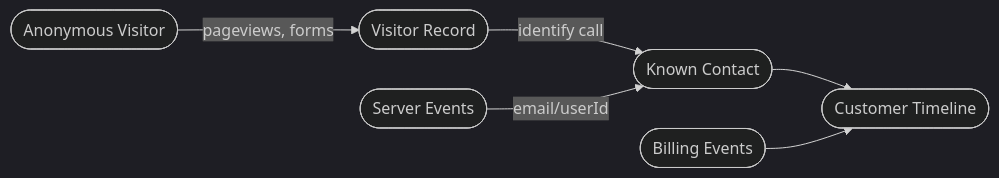
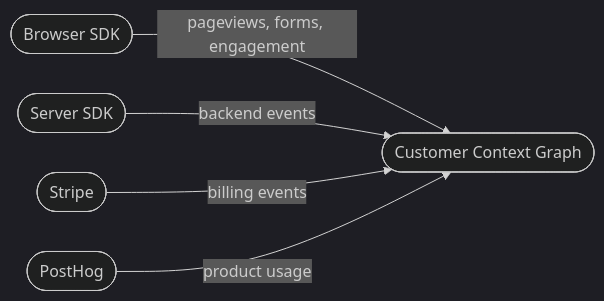
Before and after one commit to OutlitAI/outlit-sdk: the diagram in docs/tracking/how-it-works.mdx, drawn with Mermaid. The commit also changed other lines of this file, not shown here.

````diff
--- a/docs/tracking/how-it-works.mdx
+++ b/docs/tracking/how-it-works.mdx
@@ -22,9 +12,8 @@
 ```mermaid
 %%{init: {'theme': 'dark', 'flowchart': {'nodeSpacing': 40, 'rankSpacing': 50, 'curve': 'basis', 'padding': 15}}}%%
 flowchart LR
-    A([Anonymous Visitor]) -->|pageviews, forms| B([Visitor Record])
-    B -->|identify call| C([Known Contact])
-    C --> D([Customer Timeline])
-    E([Server Events]) -->|email/userId| C
-    F([Billing Events]) --> D
+    A([Browser SDK]) -->|pageviews, forms, engagement| D([Customer Context Graph])
+    B([Server SDK]) -->|backend events| D
+    C([Stripe]) -->|billing events| D
+    E([PostHog]) -->|product usage| D
 ```
````
